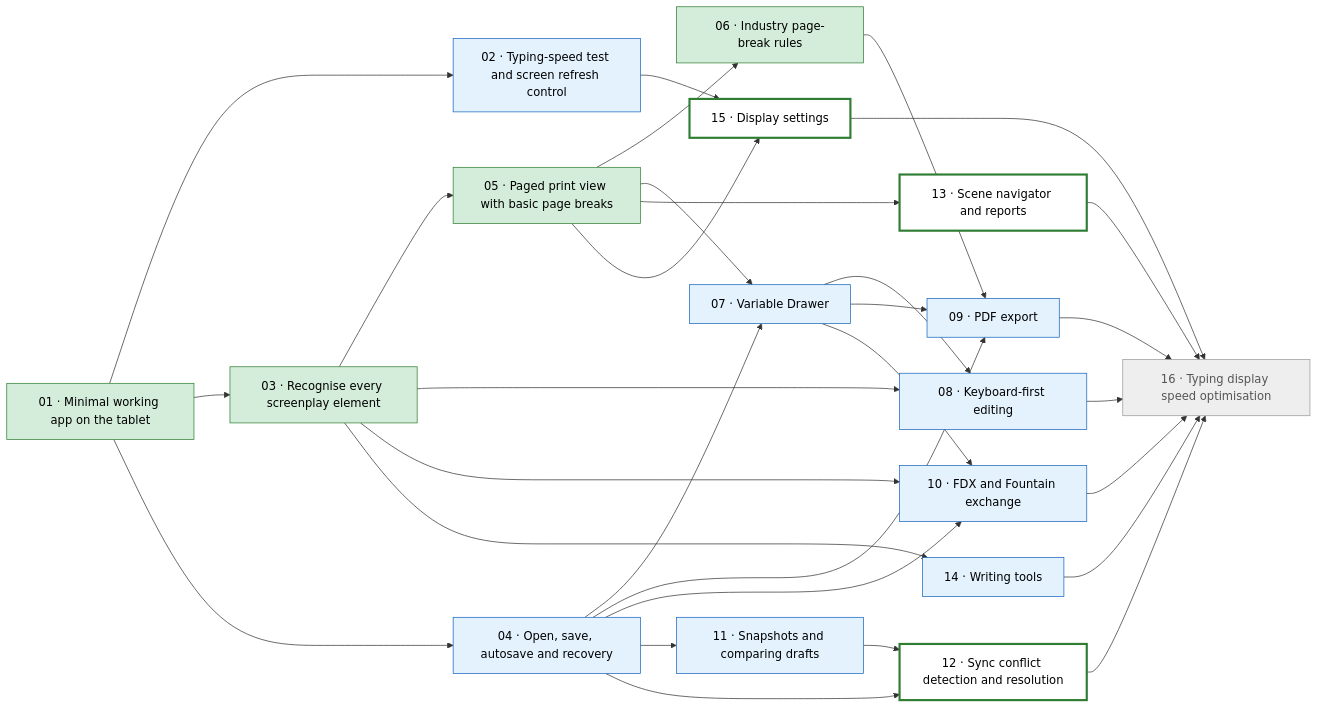
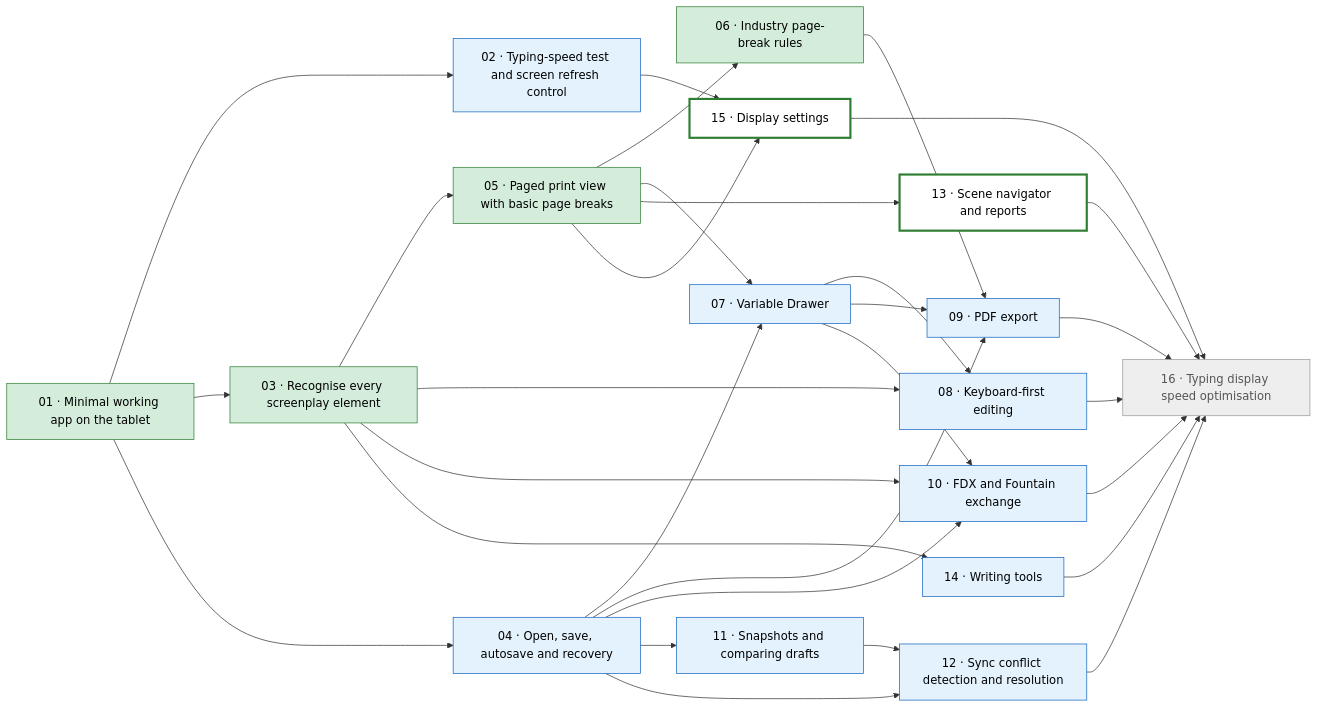
The diagram in PLAN.md (mikebgio/eink-screenplay-writer), drawn with Mermaid before and after one commit. The commit also changed other lines of this file and 31 other files, not shown here.

First line of the commit message:
12: Sync conflict detection and resolution (#33)

````diff
--- a/PLAN.md
+++ b/PLAN.md
@@ -45,53 +45,53 @@
 ```mermaid
 flowchart LR
   T01["01 · Minimal working app on the tablet"]:::done
   T02["02 · Typing-speed test and screen refresh control"]:::needsdevice
   T03["03 · Recognise every screenplay element"]:::done
   T04["04 · Open, save, autosave and recovery"]:::needsdevice
   T05["05 · Paged print view with basic page breaks"]:::done
   T06["06 · Industry page-break rules"]:::done
   T07["07 · Variable Drawer"]:::needsdevice
   T08["08 · Keyboard-first editing"]:::needsdevice
   T09["09 · PDF export"]:::needsdevice
   T10["10 · FDX and Fountain exchange"]:::needsdevice
   T11["11 · Snapshots and comparing drafts"]:::needsdevice
-  T12["12 · Sync conflict detection and resolution"]:::ready
+  T12["12 · Sync conflict detection and resolution"]:::needsdevice
   T13["13 · Scene navigator and reports"]:::ready
   T14["14 · Writing tools"]:::needsdevice
   T15["15 · Display settings"]:::ready
   T16["16 · Typing display speed optimisation"]:::blocked
   T01 --> T02
   T01 --> T03
   T01 --> T04
   T03 --> T05
   T05 --> T06
   T04 --> T07
   T05 --> T07
   T03 --> T08
   T07 --> T08
   T04 --> T09
   T06 --> T09
   T07 --> T09
   T03 --> T10
   T04 --> T10
   T07 --> T10
   T04 --> T11
   T04 --> T12
   T11 --> T12
   T05 --> T13
   T03 --> T14
   T02 --> T15
   T05 --> T15
   T08 --> T16
   T09 --> T16
   T10 --> T16
   T12 --> T16
   T13 --> T16
   T14 --> T16
   T15 --> T16
   classDef done fill:#d4edda,stroke:#2e7d32,color:#000
   classDef needsdevice fill:#e3f2fd,stroke:#1565c0,color:#000
   classDef inprogress fill:#fff3cd,stroke:#b8860b,color:#000
   classDef ready fill:#ffffff,stroke:#2e7d32,stroke-width:3px,color:#000
   classDef blocked fill:#eeeeee,stroke:#999,color:#555
 ```
````
